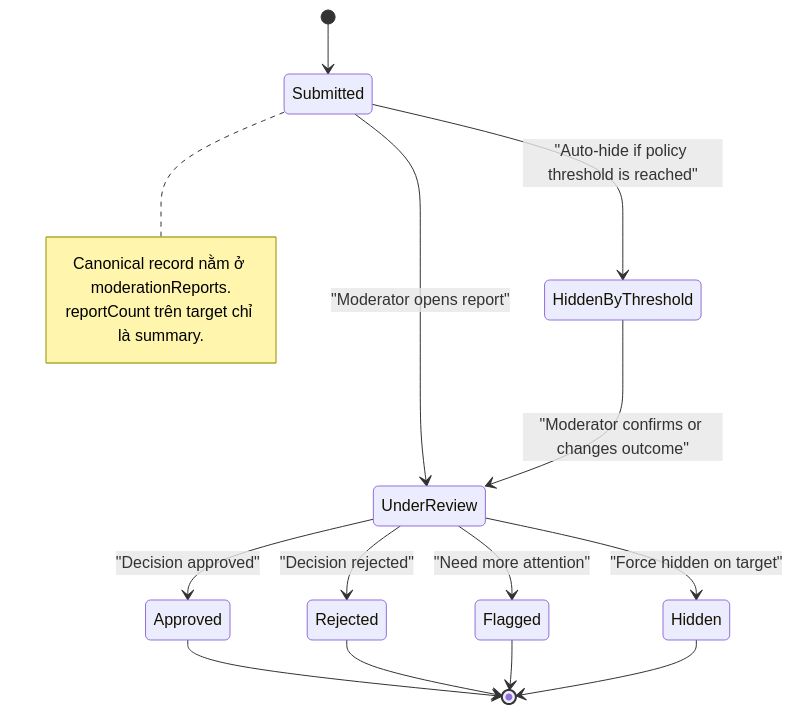
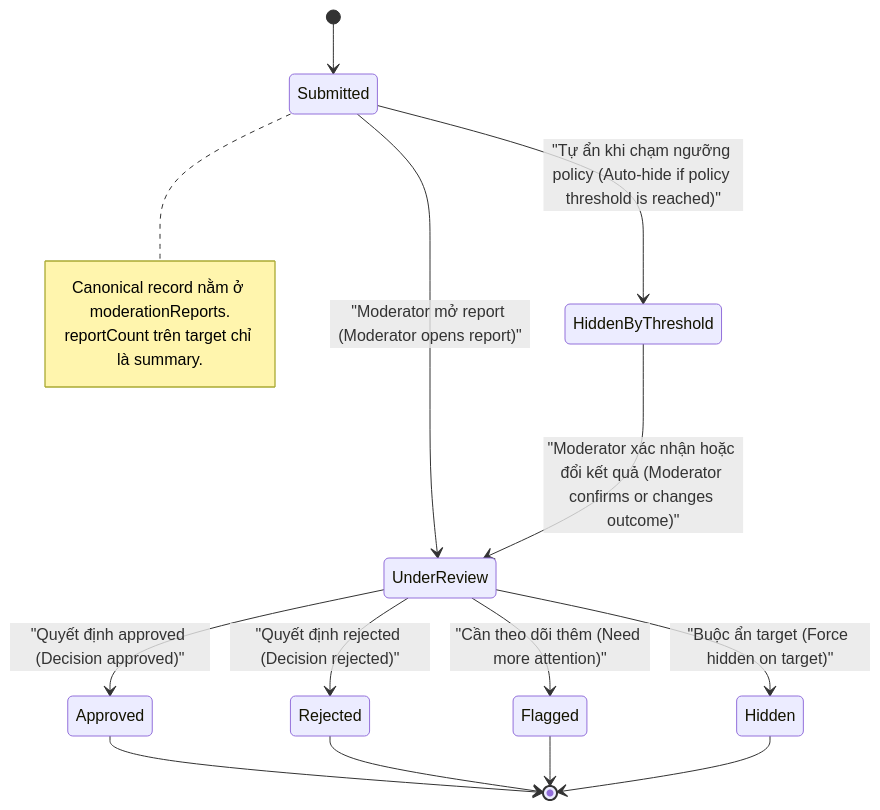
One commit to QuyenVjp/PMTL_VN changed the diagram in design/04-moderation/report-state.mmd. Above: the diagram before and after it, drawn with Mermaid. The commit also changed 52 other files, not shown here.

```diff
--- a/design/04-moderation/report-state.mmd
+++ b/design/04-moderation/report-state.mmd
@@ -1,18 +1,18 @@
 stateDiagram-v2
     [*] --> Submitted
-    Submitted --> UnderReview: "Moderator opens report"
-    Submitted --> HiddenByThreshold: "Auto-hide if policy threshold is reached"
-    UnderReview --> Approved: "Decision approved"
-    UnderReview --> Rejected: "Decision rejected"
-    UnderReview --> Flagged: "Need more attention"
-    UnderReview --> Hidden: "Force hidden on target"
-    HiddenByThreshold --> UnderReview: "Moderator confirms or changes outcome"
+    Submitted --> UnderReview: "Moderator mở report (Moderator opens report)"
+    Submitted --> HiddenByThreshold: "Tự ẩn khi chạm ngưỡng policy (Auto-hide if policy threshold is reached)"
+    UnderReview --> Approved: "Quyết định approved (Decision approved)"
+    UnderReview --> Rejected: "Quyết định rejected (Decision rejected)"
+    UnderReview --> Flagged: "Cần theo dõi thêm (Need more attention)"
+    UnderReview --> Hidden: "Buộc ẩn target (Force hidden on target)"
+    HiddenByThreshold --> UnderReview: "Moderator xác nhận hoặc đổi kết quả (Moderator confirms or changes outcome)"
     Approved --> [*]
     Rejected --> [*]
     Flagged --> [*]
     Hidden --> [*]
 
     note right of Submitted
       Canonical record nằm ở moderationReports.
       reportCount trên target chỉ là summary.
     end note
```
